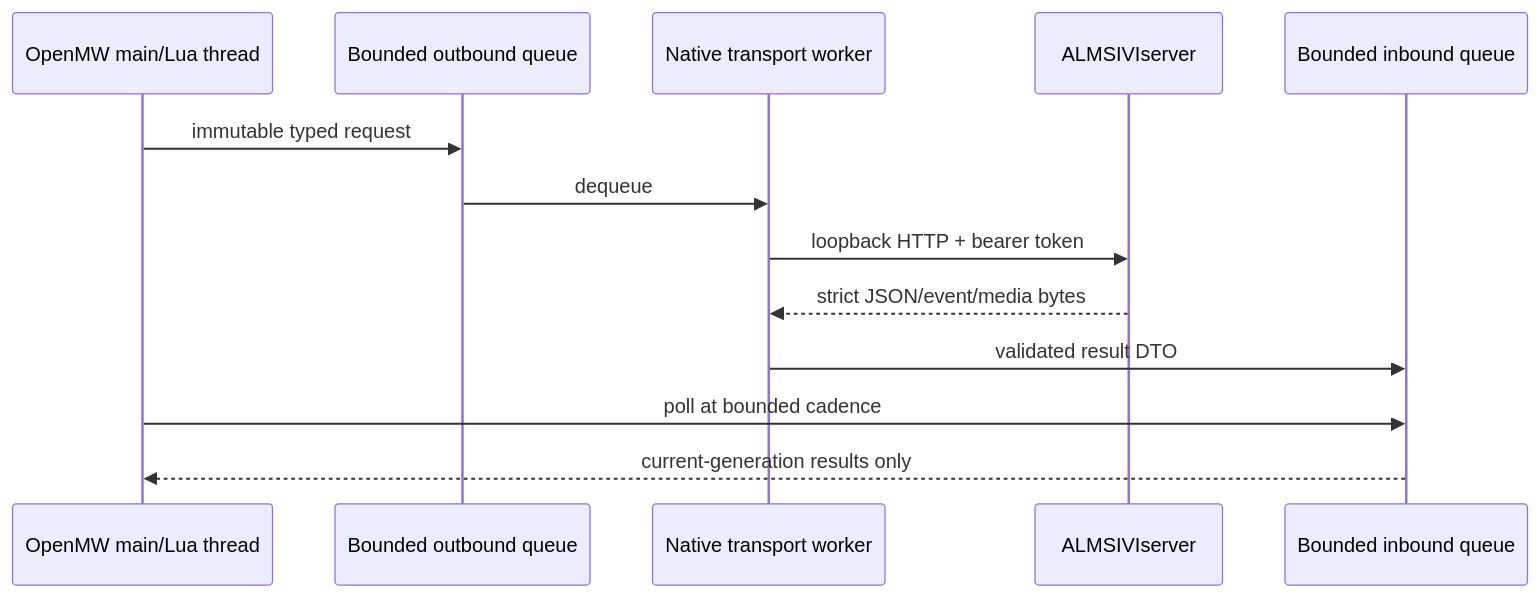
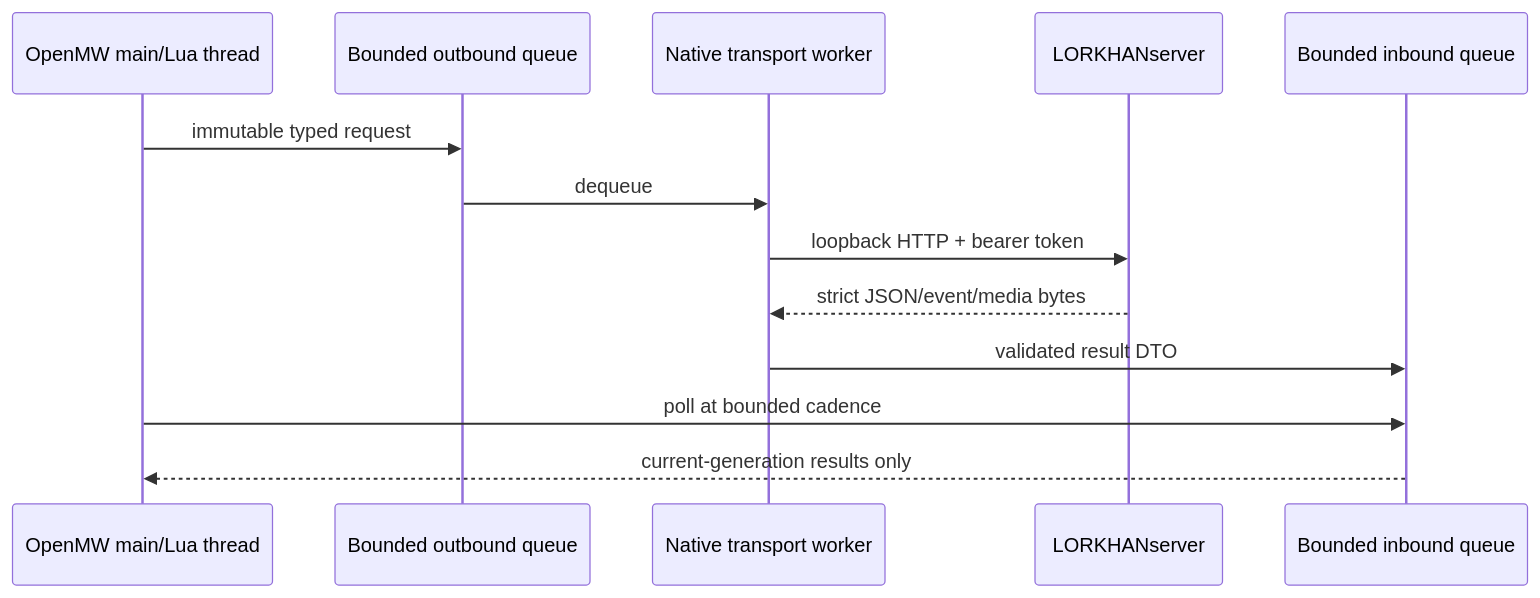
One commit to Dwemer-Dynamics/LORKHAN changed the diagram in docs/ARCHITECTURE.md. Above: the diagram before and after it, drawn with Mermaid. The commit also changed other lines of this file and 384 other files, not shown here.

````diff
--- a/docs/ARCHITECTURE.md
+++ b/docs/ARCHITECTURE.md
@@ -23,15 +23,15 @@
 ```mermaid
 sequenceDiagram
   participant Main as OpenMW main/Lua thread
   participant Out as Bounded outbound queue
   participant Net as Native transport worker
-  participant Srv as ALMSIVIserver
+  participant Srv as LORKHANserver
   participant In as Bounded inbound queue
   Main->>Out: immutable typed request
   Out->>Net: dequeue
   Net->>Srv: loopback HTTP + bearer token
   Srv-->>Net: strict JSON/event/media bytes
   Net->>In: validated result DTO
   Main->>In: poll at bounded cadence
   In-->>Main: current-generation results only
 ```
````
